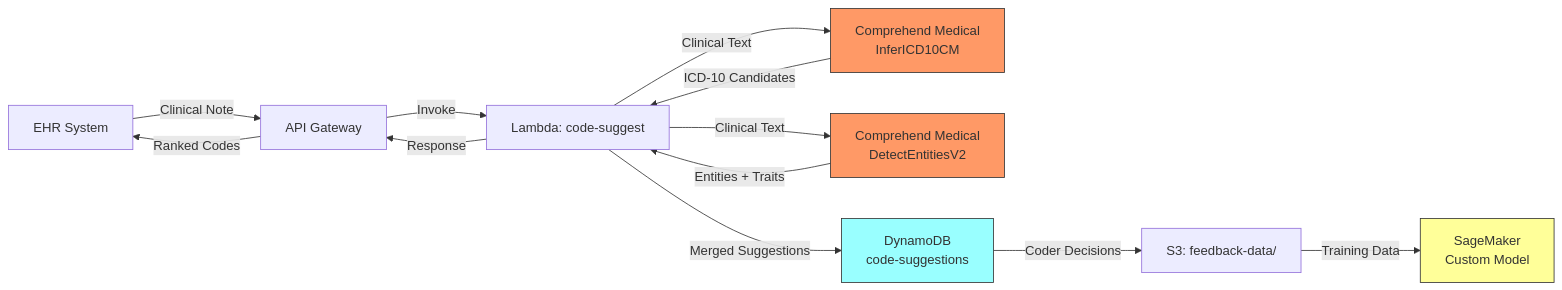
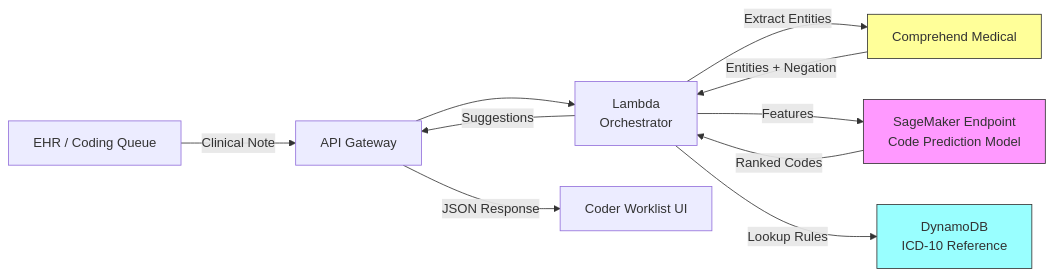
The diagram in chapter08.03-icd10-code-suggestion.md (ccrngd1/HCLS-ai-book), drawn with Mermaid before and after one commit. The commit also changed other lines of this file and 1 other file, not shown here.

````diff
--- a/chapter08.03-icd10-code-suggestion.md
+++ b/chapter08.03-icd10-code-suggestion.md
@@ -146,19 +121,16 @@
 ```mermaid
 flowchart LR
-    A[EHR System] -->|Clinical Note| B[API Gateway]
-    B -->|Invoke| C[Lambda: code-suggest]
-    C -->|Clinical Text| D[Comprehend Medical\nInferICD10CM]
-    C -->|Clinical Text| E[Comprehend Medical\nDetectEntitiesV2]
-    D -->|ICD-10 Candidates| C
-    E -->|Entities + Traits| C
-    C -->|Merged Suggestions| F[DynamoDB\ncode-suggestions]
-    C -->|Response| B
-    B -->|Ranked Codes| A
-    F -->|Coder Decisions| G[S3: feedback-data/]
-    G -->|Training Data| H[SageMaker\nCustom Model]
+    A[EHR / Coding Queue] -->|Clinical Note| B[API Gateway]
+    B --> C[Lambda\nOrchestrator]
+    C -->|Extract Entities| D[Comprehend Medical]
+    D -->|Entities + Negation| C
+    C -->|Features| E[SageMaker Endpoint\nCode Prediction Model]
+    E -->|Ranked Codes| C
+    C -->|Lookup Rules| F[DynamoDB\nICD-10 Reference]
+    C -->|Suggestions| B
+    B -->|JSON Response| G[Coder Worklist UI]
 
-    style D fill:#f96,stroke:#333
-    style E fill:#f96,stroke:#333
+    style D fill:#ff9,stroke:#333
+    style E fill:#f9f,stroke:#333
     style F fill:#9ff,stroke:#333
-    style H fill:#ff9,stroke:#333
 ```
````
